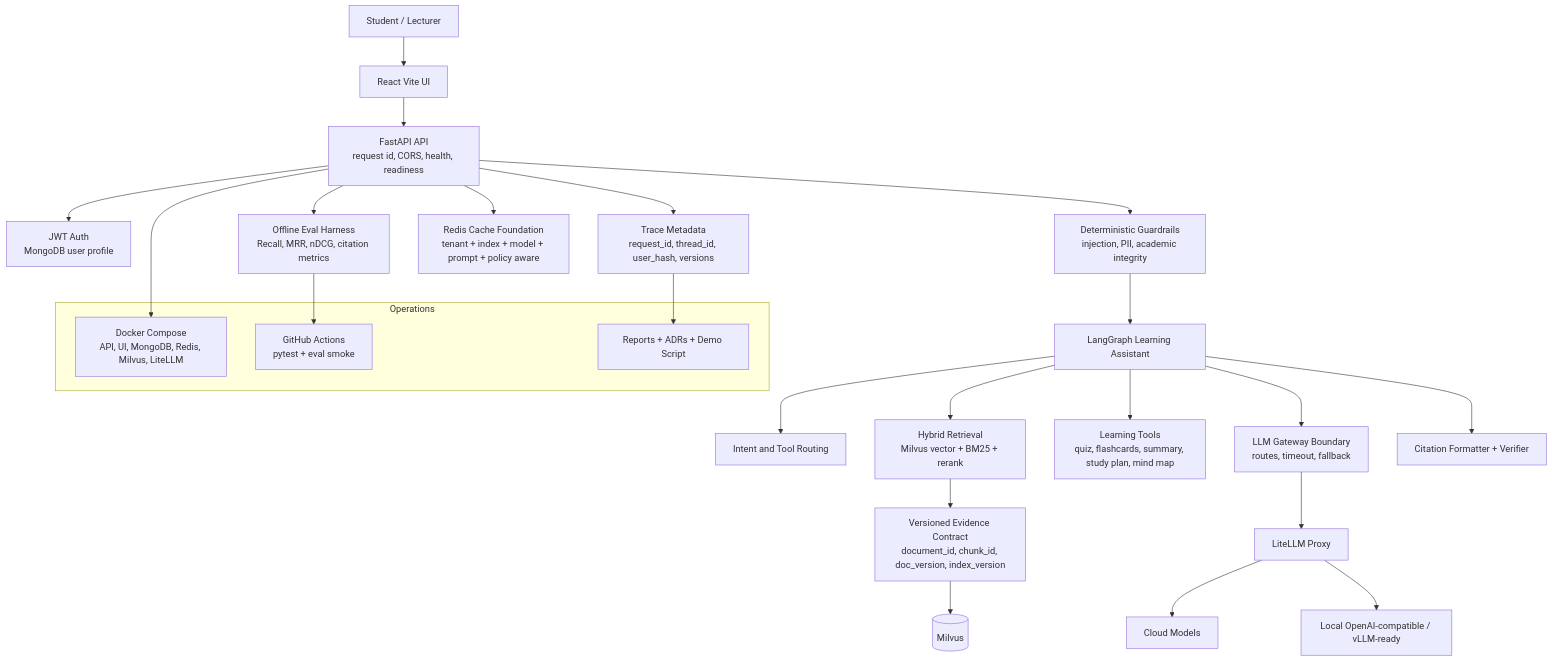
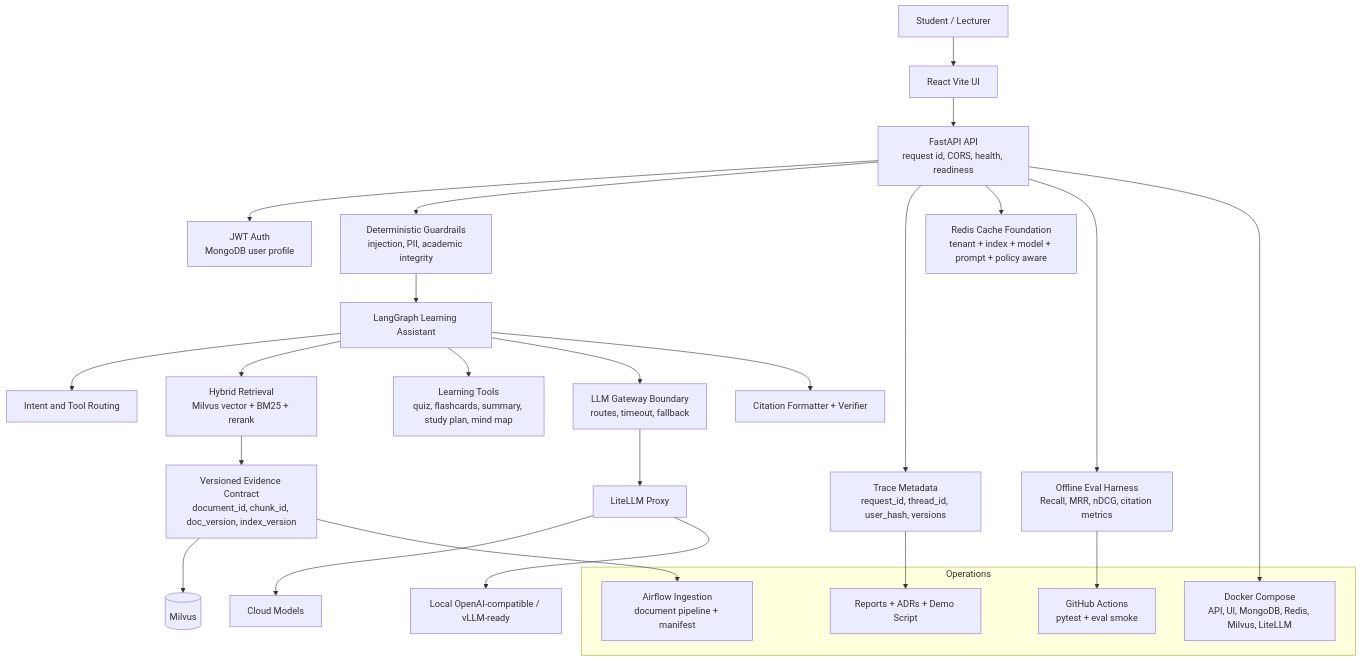
Before and after one commit to ductai07/EduMentor-AI: the first of 2 diagrams in README.md, drawn with Mermaid. The commit also changed other lines of this file and 16 other files, not shown here.

Commit message:
feat: add airflow ingestion pipeline

````diff
--- a/README.md
+++ b/README.md
@@ -7,35 +7,37 @@
 ```mermaid
 flowchart TB
     User["Student / Lecturer"] --> UI["React Vite UI"]
     UI --> API["FastAPI API<br/>request id, CORS, health, readiness"]
 
     API --> Auth["JWT Auth<br/>MongoDB user profile"]
     API --> Policy["Deterministic Guardrails<br/>injection, PII, academic integrity"]
     Policy --> Graph["LangGraph Learning Assistant"]
 
     Graph --> Intent["Intent and Tool Routing"]
     Graph --> Retrieve["Hybrid Retrieval<br/>Milvus vector + BM25 + rerank"]
     Retrieve --> Evidence["Versioned Evidence Contract<br/>document_id, chunk_id, doc_version, index_version"]
     Evidence --> Milvus[("Milvus")]
 
     Graph --> Tools["Learning Tools<br/>quiz, flashcards, summary, study plan, mind map"]
     Graph --> LLMClient["LLM Gateway Boundary<br/>routes, timeout, fallback"]
     LLMClient --> LiteLLM["LiteLLM Proxy"]
     LiteLLM --> Cloud["Cloud Models"]
     LiteLLM --> Local["Local OpenAI-compatible / vLLM-ready"]
 
     Graph --> Citations["Citation Formatter + Verifier"]
     API --> Obs["Trace Metadata<br/>request_id, thread_id, user_hash, versions"]
     API --> Cache["Redis Cache Foundation<br/>tenant + index + model + prompt + policy aware"]
     API --> Eval["Offline Eval Harness<br/>Recall, MRR, nDCG, citation metrics"]
 
     subgraph Ops["Operations"]
+        Airflow["Airflow Ingestion<br/>document pipeline + manifest"]
         Compose["Docker Compose<br/>API, UI, MongoDB, Redis, Milvus, LiteLLM"]
         CI["GitHub Actions<br/>pytest + eval smoke"]
         Reports["Reports + ADRs + Demo Script"]
     end
 
+    Evidence --> Airflow
     API --> Compose
     Eval --> CI
     Obs --> Reports
 ```
````
